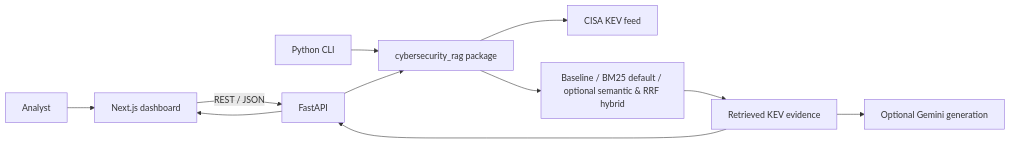
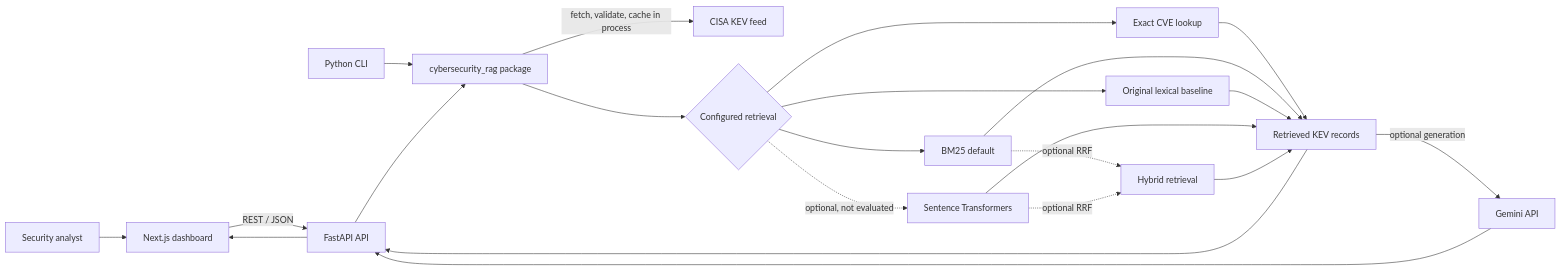
The diagram in README.md (Eshaan49/cybersecurity-rag-assistant), drawn with Mermaid before and after one commit. The commit also changed other lines of this file and 1 other file, not shown here.

````diff
--- a/README.md
+++ b/README.md
@@ -11,13 +43,24 @@
 ```mermaid
 flowchart LR
-  Analyst[Analyst] --> UI[Next.js dashboard]
-  UI -->|REST / JSON| API[FastAPI]
-  CLI[Python CLI] --> Core[cybersecurity_rag package]
-  API --> Core
-  Core --> CISA[CISA KEV feed]
-  Core --> R[Baseline / BM25 default / optional semantic & RRF hybrid]
-  R --> E[Retrieved KEV evidence]
-  E --> Gemini[Optional Gemini generation]
-  E --> API
-  API --> UI
+    Analyst[Security analyst] --> UI[Next.js dashboard]
+    UI -->|REST / JSON| API[FastAPI API]
+    CLI[Python CLI] --> Core[cybersecurity_rag package]
+    API --> Core
+    Core -->|fetch, validate, cache in process| KEV[CISA KEV feed]
+    Core --> Retrieval{Configured retrieval}
+    Retrieval --> Exact[Exact CVE lookup]
+    Retrieval --> BM25[BM25 default]
+    Retrieval --> Baseline[Original lexical baseline]
+    Retrieval -. optional, not evaluated .-> Semantic[Sentence Transformers]
+    BM25 -. optional RRF .-> Hybrid[Hybrid retrieval]
+    Semantic -. optional RRF .-> Hybrid[Hybrid retrieval]
+    Exact --> Evidence[Retrieved KEV records]
+    BM25 --> Evidence
+    Baseline --> Evidence
+    Semantic --> Evidence
+    Hybrid --> Evidence
+    Evidence -->|optional generation| Gemini[Gemini API]
+    Evidence --> API
+    Gemini --> API
+    API --> UI
 ```
````
